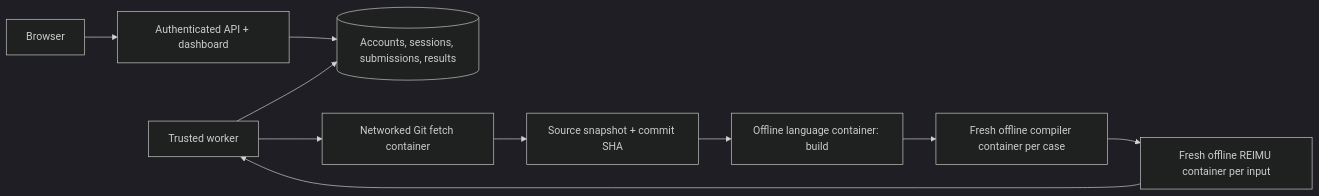
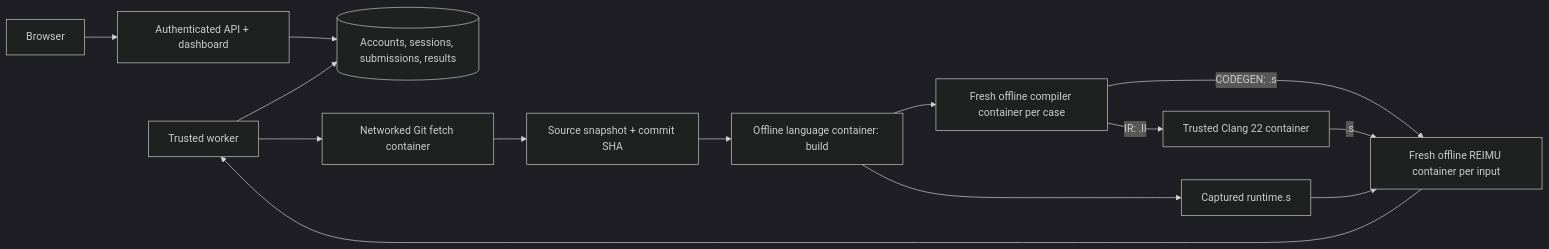
Before and after one commit to ACMClassCourse-2025/rx-online-judge: the diagram in README.md, drawn with Mermaid (dark theme). The commit also changed other lines of this file and 34 other files, not shown here.

First line of the commit message:
feat: add Clang 22 IR judging and shared runtime artifacts

````diff
--- a/README.md
+++ b/README.md
@@ -215,12 +272,16 @@
 ```mermaid
 flowchart LR
   Browser --> API[Authenticated API + dashboard]
   API --> DB[(Accounts, sessions, submissions, results)]
   Worker[Trusted worker] --> DB
   Worker --> Git[Networked Git fetch container]
   Git --> Source[Source snapshot + commit SHA]
   Source --> Build[Offline language container: build]
   Build --> Compile[Fresh offline compiler container per case]
-  Compile --> REIMU[Fresh offline REIMU container per input]
+  Build --> Runtime[Captured runtime.s]
+  Compile -->|IR: .ll| Clang[Trusted Clang 22 container]
+  Compile -->|CODEGEN: .s| REIMU[Fresh offline REIMU container per input]
+  Clang -->|.s| REIMU
+  Runtime --> REIMU
   REIMU --> Worker
 ```
````
